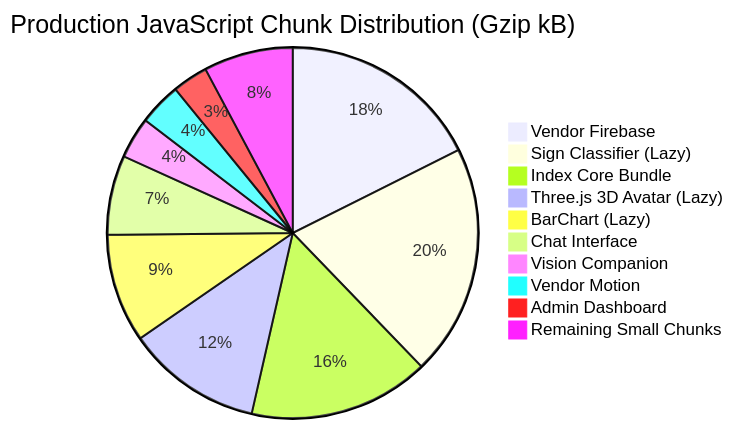
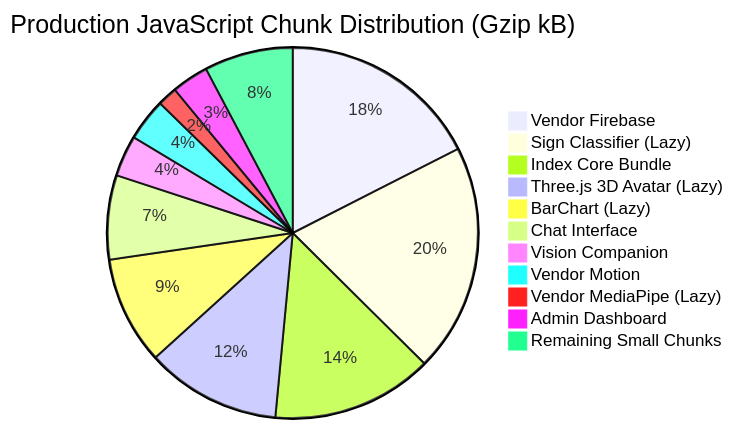
One commit to Mahmoud-Hashim-pro/cognify-production changed the diagram in docs/07-performance/performance-analysis.md. Above: the diagram before and after it, drawn with Mermaid. The commit also changed other lines of this file and 12 other files, not shown here.

````diff
--- a/docs/07-performance/performance-analysis.md
+++ b/docs/07-performance/performance-analysis.md
@@ -13,13 +13,14 @@
 ```mermaid
 pie title Production JavaScript Chunk Distribution (Gzip kB)
-    "Vendor Firebase" : 200.1
-    "Sign Classifier (Lazy)" : 229.2
-    "Index Core Bundle" : 179.1
-    "Three.js 3D Avatar (Lazy)" : 134.2
+    "Vendor Firebase" : 200.2
+    "Sign Classifier (Lazy)" : 227.7
+    "Index Core Bundle" : 160.8
+    "Three.js 3D Avatar (Lazy)" : 134.6
     "BarChart (Lazy)" : 107.6
-    "Chat Interface" : 78.7
+    "Chat Interface" : 84.0
     "Vision Companion" : 41.0
     "Vendor Motion" : 42.2
-    "Admin Dashboard" : 35.3
+    "Vendor MediaPipe (Lazy)" : 19.7
+    "Admin Dashboard" : 36.8
     "Remaining Small Chunks" : 88.5
 ```
````
